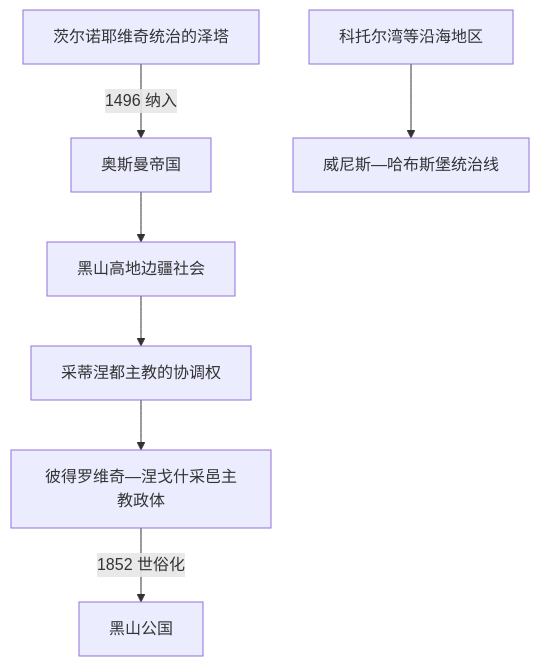
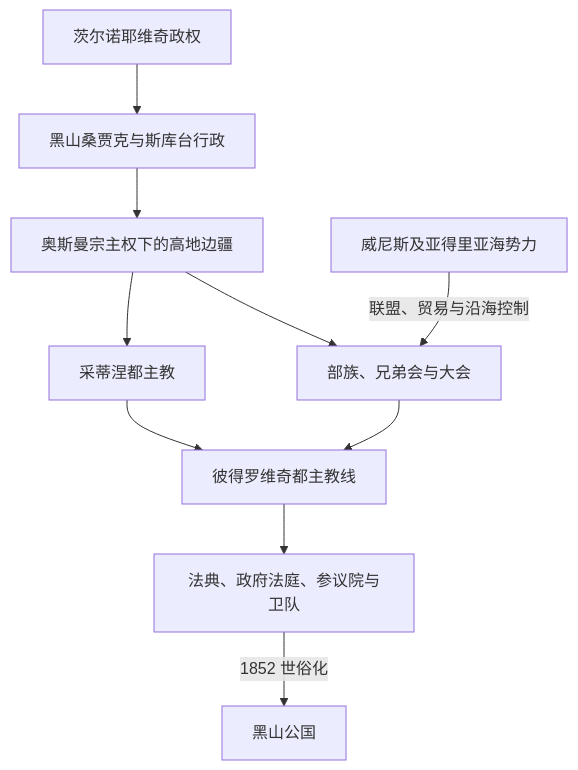
One commit to tianlan-dev/learning-notes changed the diagram in 人文科学/历史/欧洲/东南欧与巴尔干/黑山/奥斯曼边疆、采邑主教与自治.md. Above: the diagram before and after it, drawn with Mermaid. The commit also changed other lines of this file and 1417 other files, not shown here.

````diff
--- a/人文科学/历史/欧洲/东南欧与巴尔干/黑山/奥斯曼边疆、采邑主教与自治.md
+++ b/人文科学/历史/欧洲/东南欧与巴尔干/黑山/奥斯曼边疆、采邑主教与自治.md
@@ -41,9 +106,12 @@
 ```mermaid
 flowchart TD
-    Zeta["茨尔诺耶维奇统治的泽塔"] -->|"1496 纳入"| Ottoman["奥斯曼帝国"]
-    Ottoman --> Frontier["黑山高地边疆社会"]
-    Frontier --> Metropolitan["采蒂涅都主教的协调权"]
-    Metropolitan --> Petrovic["彼得罗维奇—涅戈什采邑主教政体"]
-    Petrovic -->|"1852 世俗化"| Principality["黑山公国"]
-    Coast["科托尔湾等沿海地区"] --> VeniceHabsburg["威尼斯—哈布斯堡统治线"]
+    Crnojevic["茨尔诺耶维奇政权"] --> Sanjak["黑山桑贾克与斯库台行政"]
+    Sanjak --> Frontier["奥斯曼宗主权下的高地边疆"]
+    Frontier --> Tribes["部族、兄弟会与大会"]
+    Frontier --> Metropolitans["采蒂涅都主教"]
+    Venice["威尼斯及亚得里亚海势力"] -->|联盟、贸易与沿海控制| Tribes
+    Metropolitans --> Petrovic["彼得罗维奇都主教线"]
+    Tribes --> Petrovic
+    Petrovic --> Institutions["法典、政府法庭、参议院与卫队"]
+    Institutions -->|1852 世俗化| Principality["黑山公国"]
 ```
````
